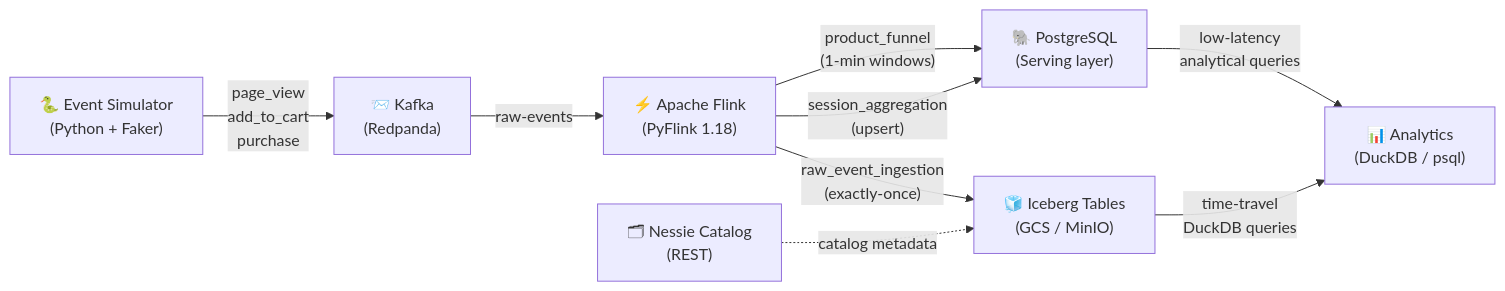
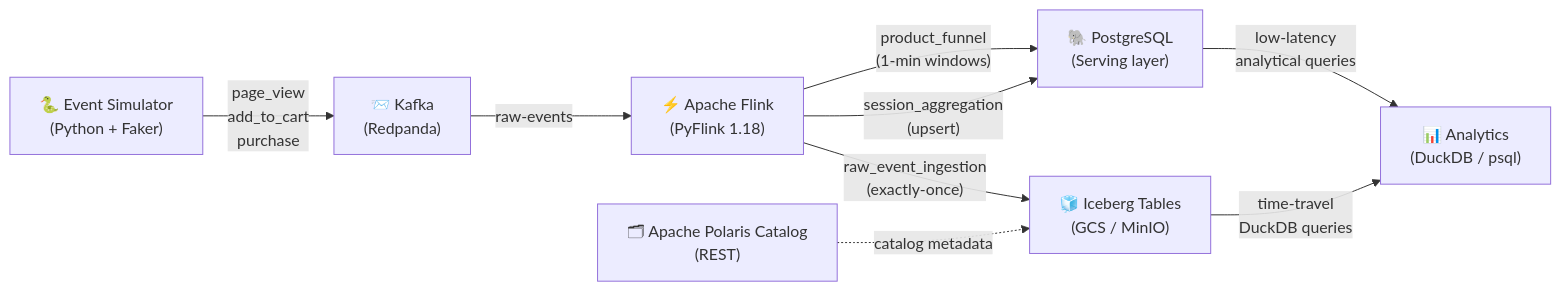
The diagram in README.md (otiagonavarro/kappa-streaming-lakehouse), drawn with Mermaid before and after one commit. The commit also changed other lines of this file and 29 other files, not shown here.

First line of the commit message:
feat: migrate to bronze/silver/gold medallion architecture with ODCS contracts

````diff
--- a/README.md
+++ b/README.md
@@ -44,19 +44,19 @@
 ```mermaid
 flowchart LR
     SIM["🐍 Event Simulator\n(Python + Faker)"]
     KAFKA["📨 Kafka\n(Redpanda)"]
     FLINK["⚡ Apache Flink\n(PyFlink 1.18)"]
-    NESSIE["🗂 Nessie Catalog\n(REST)"]
+    POLARIS["🗂 Apache Polaris Catalog\n(REST)"]
     ICEBERG["🧊 Iceberg Tables\n(GCS / MinIO)"]
     PG["🐘 PostgreSQL\n(Serving layer)"]
     BI["📊 Analytics\n(DuckDB / psql)"]
 
     SIM -->|"page_view\nadd_to_cart\npurchase"| KAFKA
     KAFKA -->|raw-events| FLINK
     FLINK -->|"raw_event_ingestion\n(exactly-once)"| ICEBERG
     FLINK -->|"session_aggregation\n(upsert)"| PG
     FLINK -->|"product_funnel\n(1-min windows)"| PG
-    NESSIE -.->|"catalog metadata"| ICEBERG
+    POLARIS -.->|"catalog metadata"| ICEBERG
     ICEBERG -->|"time-travel\nDuckDB queries"| BI
     PG -->|"low-latency\nanalytical queries"| BI
 ```
````
